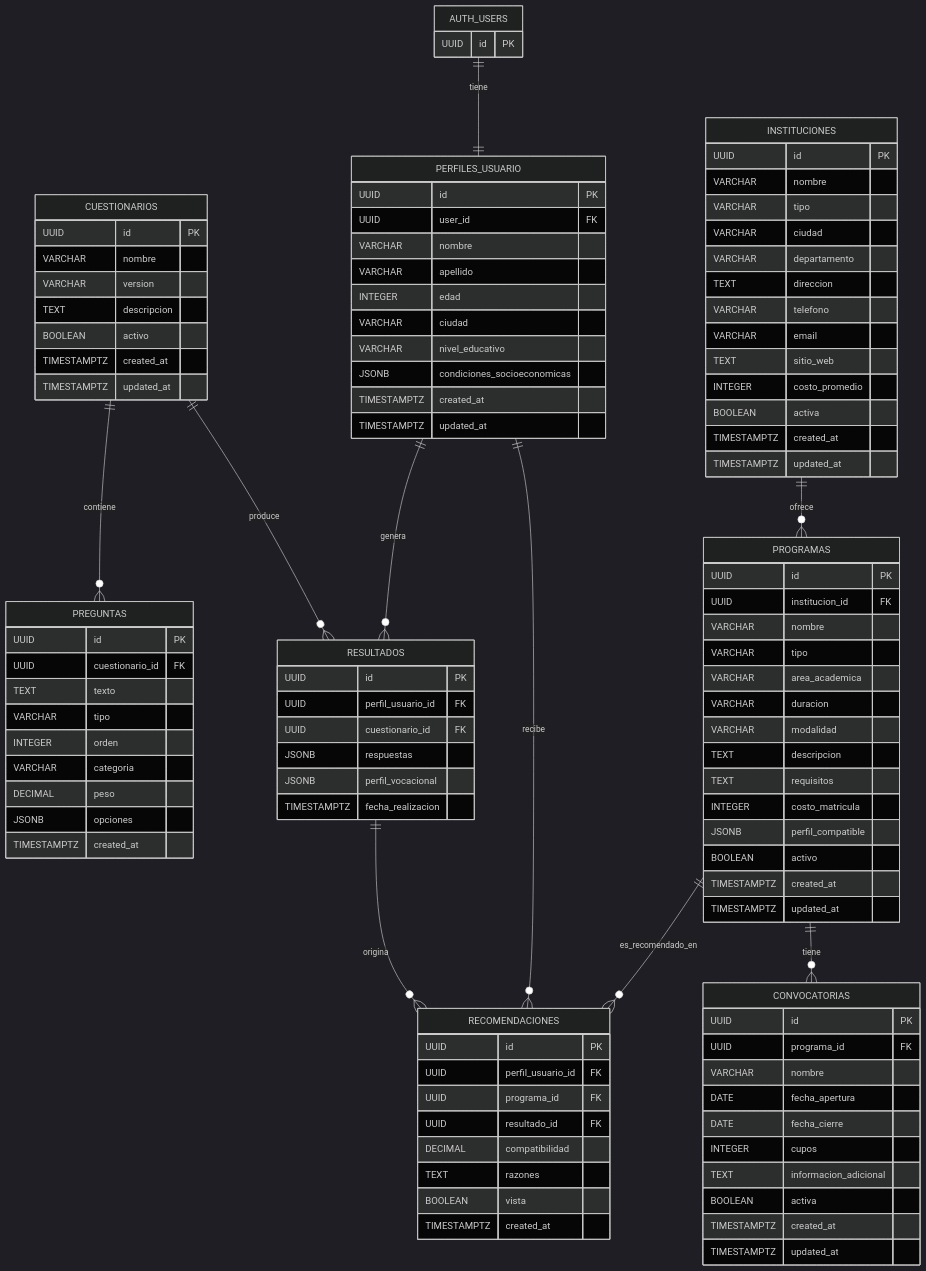
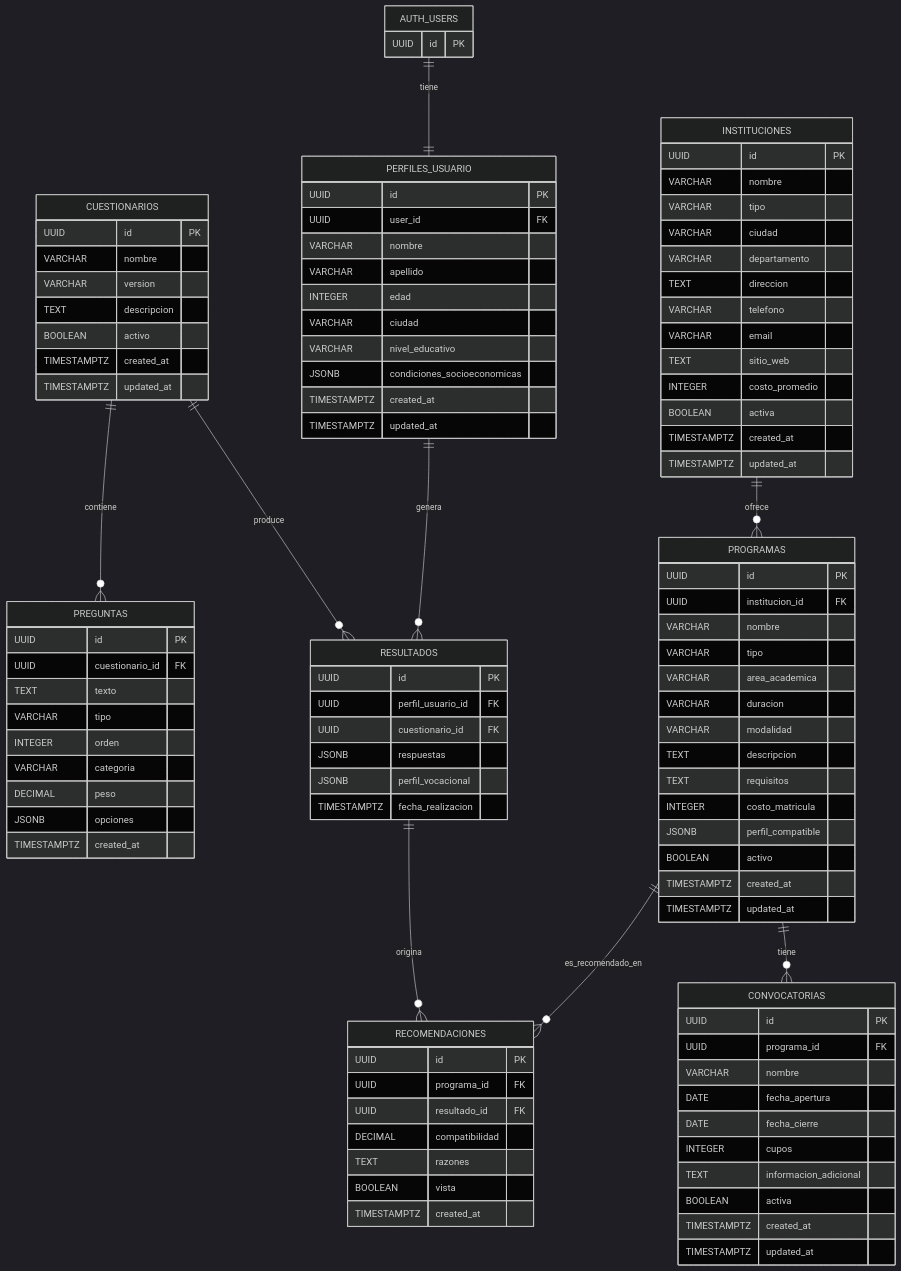
One commit to davidm052006/Documentacion_Brota changed the diagram in docs/Data_Base/diagrama_mer.md. Above: the diagram before and after it, drawn with Mermaid (dark theme). The commit also changed other lines of this file and 3 other files, not shown here.

Commit message:
cambios en los diagramas mer, y setup_database

```diff
--- a/docs/Data_Base/diagrama_mer.md
+++ b/docs/Data_Base/diagrama_mer.md
@@ -92,7 +92,6 @@
     }
     RECOMENDACIONES {
         UUID id PK
-        UUID perfil_usuario_id FK
         UUID programa_id FK
         UUID resultado_id FK
         DECIMAL compatibilidad
@@ -106,7 +105,6 @@
     CUESTIONARIOS ||--o{ RESULTADOS : "produce"
     PERFILES_USUARIO ||--o{ RESULTADOS : "genera"
     RESULTADOS ||--o{ RECOMENDACIONES : "origina"
-    PERFILES_USUARIO ||--o{ RECOMENDACIONES : "recibe"
     INSTITUCIONES ||--o{ PROGRAMAS : "ofrece"
     PROGRAMAS ||--o{ CONVOCATORIAS : "tiene"
     PROGRAMAS ||--o{ RECOMENDACIONES : "es_recomendado_en"
```
